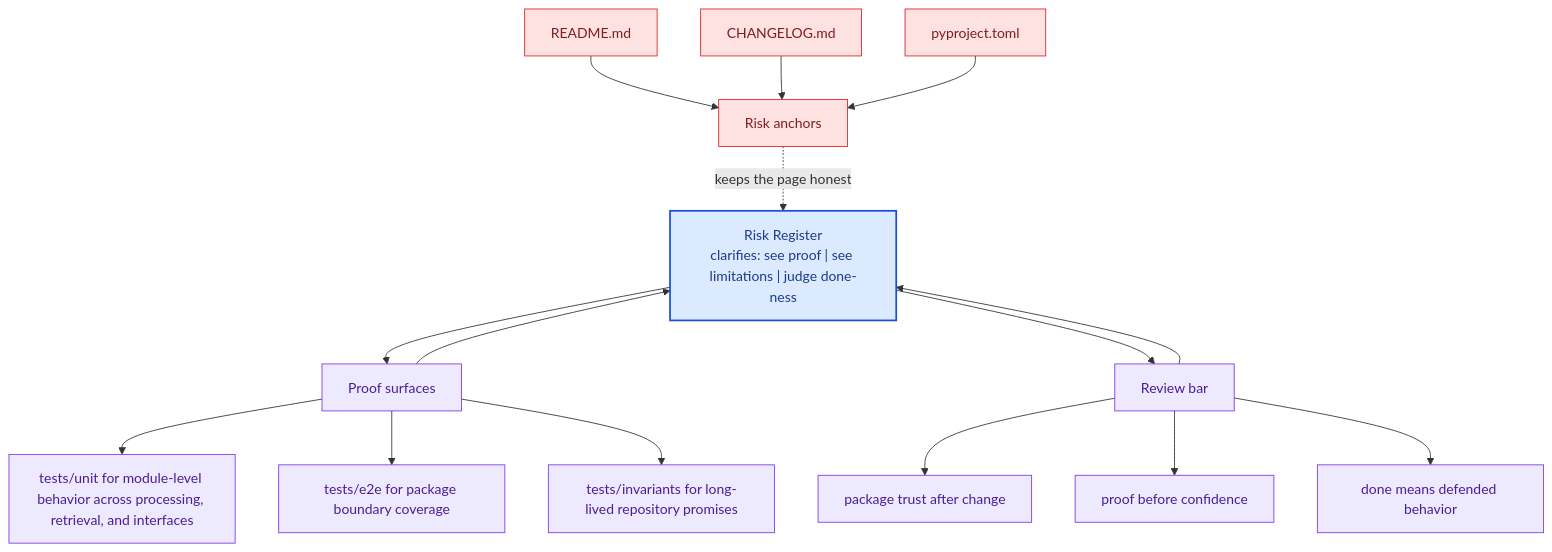
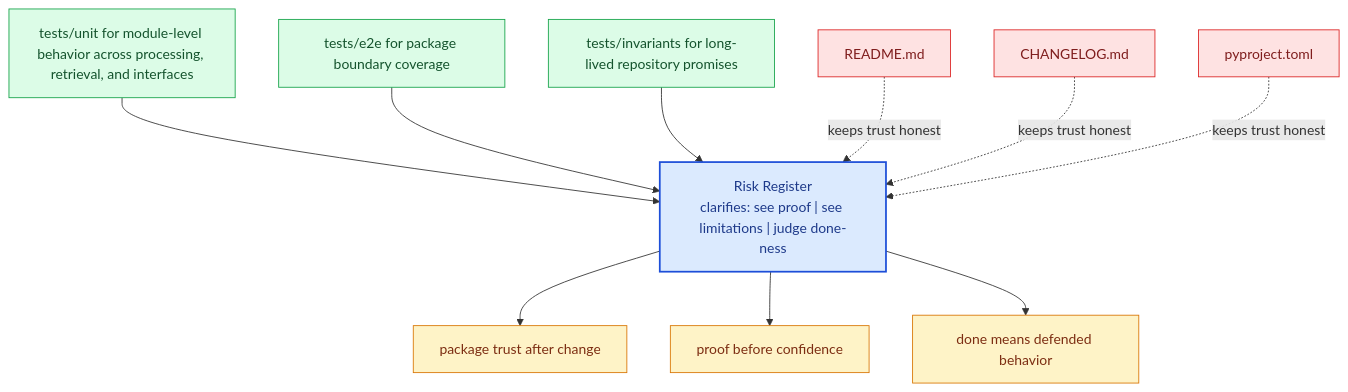
One commit to bijux/bijux-canon changed the diagram in docs/bijux-canon-ingest/quality/risk-register.md. Above: the diagram before and after it, drawn with Mermaid. The commit also changed other lines of this file and 281 other files, not shown here.

Commit message:
docs(diagrams): replace repeated mermaid scaffolds with page-specific summaries

````diff
--- a/docs/bijux-canon-ingest/quality/risk-register.md
+++ b/docs/bijux-canon-ingest/quality/risk-register.md
@@ -68,41 +23,31 @@
 ```mermaid
 flowchart TB
-    promise["Risk Register<br/>clarifies: see proof | see limitations | judge done-ness"]
-    classDef promise fill:#dbeafe,stroke:#1d4ed8,color:#1e3a8a,stroke-width:2px;
-    classDef driver fill:#dcfce7,stroke:#16a34a,color:#14532d;
-    classDef constraint fill:#fee2e2,stroke:#dc2626,color:#7f1d1d;
-    classDef ground fill:#ede9fe,stroke:#7c3aed,color:#4c1d95;
-    focus1["Proof surfaces"]
-    focus1 --> promise
-    promise --> focus1
-    focus1_1["tests/unit for module-level behavior across processing, retrieval, and interfaces"]
-    focus1 --> focus1_1
-    focus1_2["tests/e2e for package boundary coverage"]
-    focus1 --> focus1_2
-    focus1_3["tests/invariants for long-lived repository promises"]
-    focus1 --> focus1_3
-    class focus1 ground;
-    class focus1_1,focus1_2,focus1_3 ground;
-    focus2["Risk anchors"]
-    focus2 -.keeps the page honest.-> promise
-    focus2_1["README.md"]
-    focus2_1 --> focus2
-    focus2_2["CHANGELOG.md"]
-    focus2_2 --> focus2
-    focus2_3["pyproject.toml"]
-    focus2_3 --> focus2
-    class focus2 constraint;
-    class focus2_1,focus2_2,focus2_3 constraint;
-    focus3["Review bar"]
-    focus3 --> promise
-    promise --> focus3
-    focus3_1["package trust after change"]
-    focus3 --> focus3_1
-    focus3_2["proof before confidence"]
-    focus3 --> focus3_2
-    focus3_3["done means defended behavior"]
-    focus3 --> focus3_3
-    class focus3 ground;
-    class focus3_1,focus3_2,focus3_3 ground;
-    class promise promise;
+    page["Risk Register<br/>clarifies: see proof | see limitations | judge done-ness"]
+    classDef page fill:#dbeafe,stroke:#1d4ed8,color:#1e3a8a,stroke-width:2px;
+    classDef positive fill:#dcfce7,stroke:#16a34a,color:#14532d;
+    classDef caution fill:#fee2e2,stroke:#dc2626,color:#7f1d1d;
+    classDef anchor fill:#ede9fe,stroke:#7c3aed,color:#4c1d95;
+    classDef action fill:#fef3c7,stroke:#d97706,color:#7c2d12;
+    proof1["tests/unit for module-level behavior across processing, retrieval, and interfaces"]
+    proof1 --> page
+    proof2["tests/e2e for package boundary coverage"]
+    proof2 --> page
+    proof3["tests/invariants for long-lived repository promises"]
+    proof3 --> page
+    risk1["README.md"]
+    risk1 -.keeps trust honest.-> page
+    risk2["CHANGELOG.md"]
+    risk2 -.keeps trust honest.-> page
+    risk3["pyproject.toml"]
+    risk3 -.keeps trust honest.-> page
+    bar1["package trust after change"]
+    page --> bar1
+    bar2["proof before confidence"]
+    page --> bar2
+    bar3["done means defended behavior"]
+    page --> bar3
+    class page page;
+    class proof1,proof2,proof3 positive;
+    class risk1,risk2,risk3 caution;
+    class bar1,bar2,bar3 action;
 ```
````
